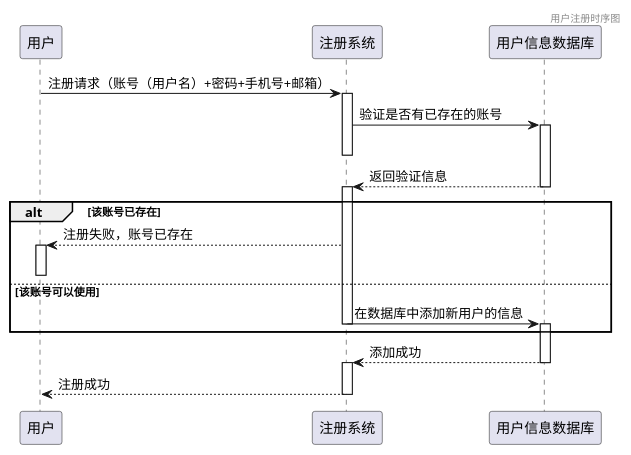
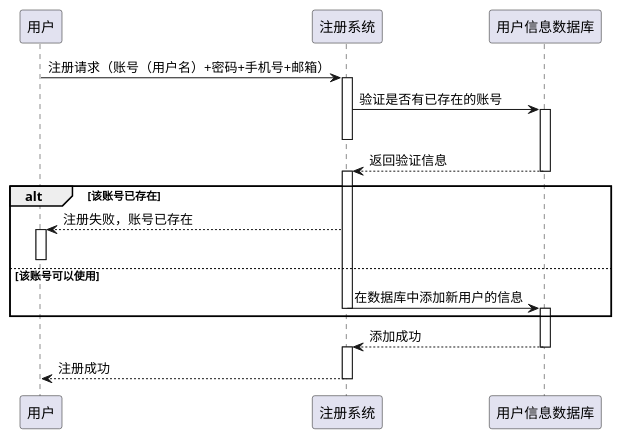
One commit to clysto/software-engineering changed the diagram in 时序图/用户注册时序图.plantuml. Above: the diagram before and after it, drawn with PlantUML. The commit also changed 27 other files, not shown here.

```diff
--- a/时序图/用户注册时序图.plantuml
+++ b/时序图/用户注册时序图.plantuml
@@ -1,43 +1,41 @@
-@startuml
-header 用户注册时序图
+@startuml 用户注册时序图
+
+skinparam shadowing false
+
 participant c as "用户"
 participant s as "注册系统"
 participant d as "用户信息数据库"
-
 
 c -> s: 注册请求（账号（用户名）+密码+手机号+邮箱）
 activate s
 
 s -> d: 验证是否有已存在的账号
 activate d
 deactivate s
 
 d --> s: 返回验证信息
 deactivate d
 activate s
 
 alt 该账号已存在
 
     c <-- s: 注册失败，账号已存在
     activate c
 
 else 该账号可以使用
     deactivate c
-    
+
     s -> d: 在数据库中添加新用户的信息
     deactivate s
     activate d
 
 end
 
 d --> s:添加成功
 deactivate d
 activate s
 
 s --> c:注册成功
 deactivate s
 
-
-
-
 @enduml
```
